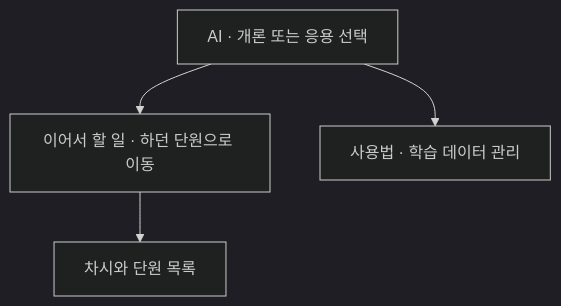
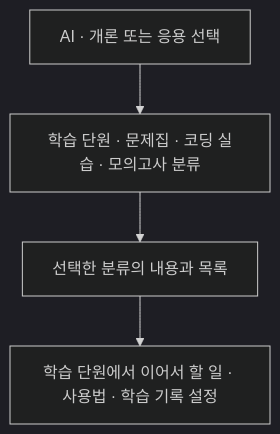
Before and after one commit to WaterMinCho/programming-study: the diagram in docs/UI_LAYOUT_PLAN.md, drawn with Mermaid (dark theme). The commit also changed other lines of this file and 26 other files, not shown here.

````diff
--- a/docs/UI_LAYOUT_PLAN.md
+++ b/docs/UI_LAYOUT_PLAN.md
@@ -19,6 +45,6 @@
 ```mermaid
 flowchart TD
-    A[AI · 개론 또는 응용 선택] --> B[이어서 할 일 · 하던 단원으로 이동]
-    B --> C[차시와 단원 목록]
-    A --> D[사용법 · 학습 데이터 관리]
+    A[AI · 개론 또는 응용 선택] --> B[학습 단원 · 문제집 · 코딩 실습 · 모의고사 분류]
+    B --> C[선택한 분류의 내용과 목록]
+    C --> D[학습 단원에서 이어서 할 일 · 사용법 · 학습 기록 설정]
 ```
````
